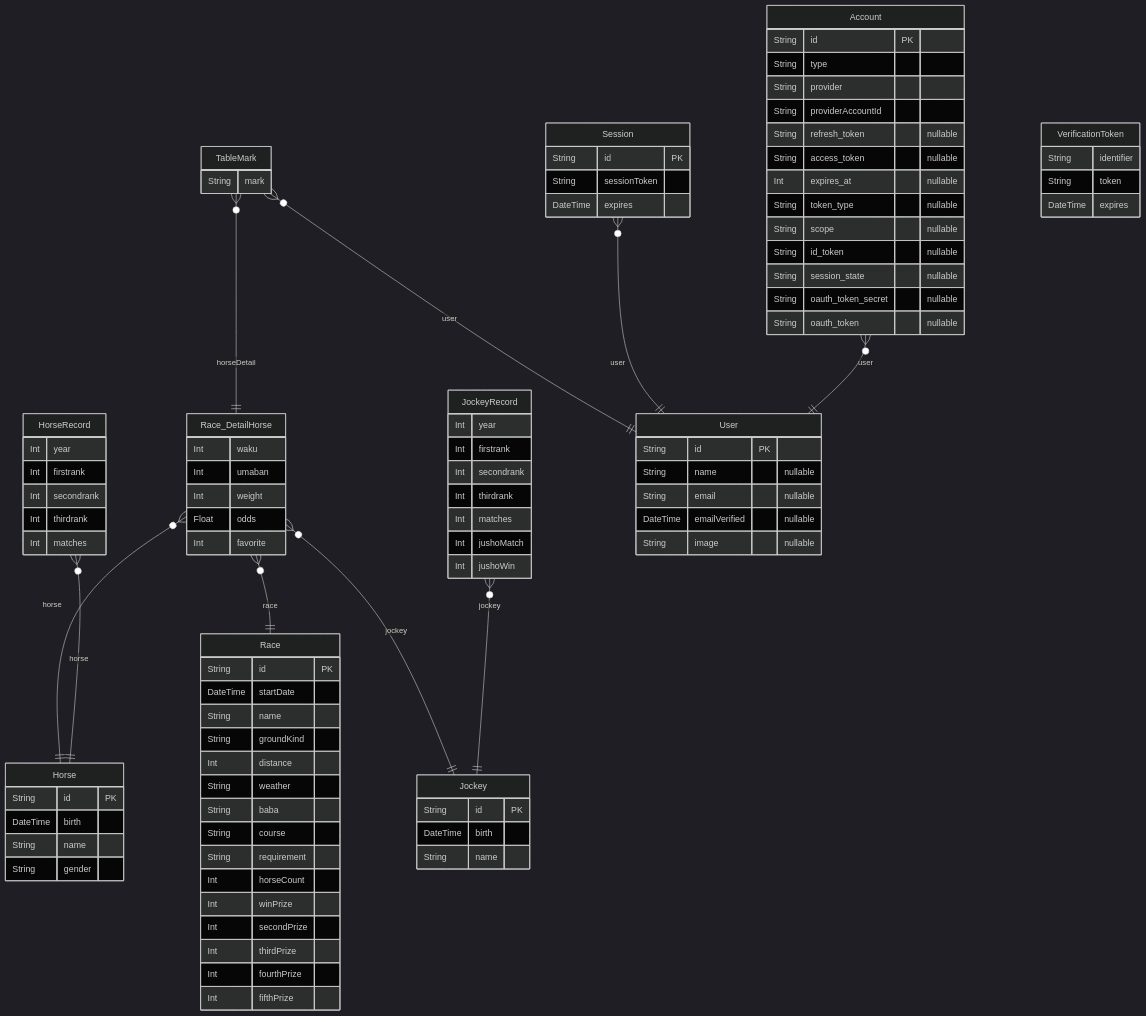
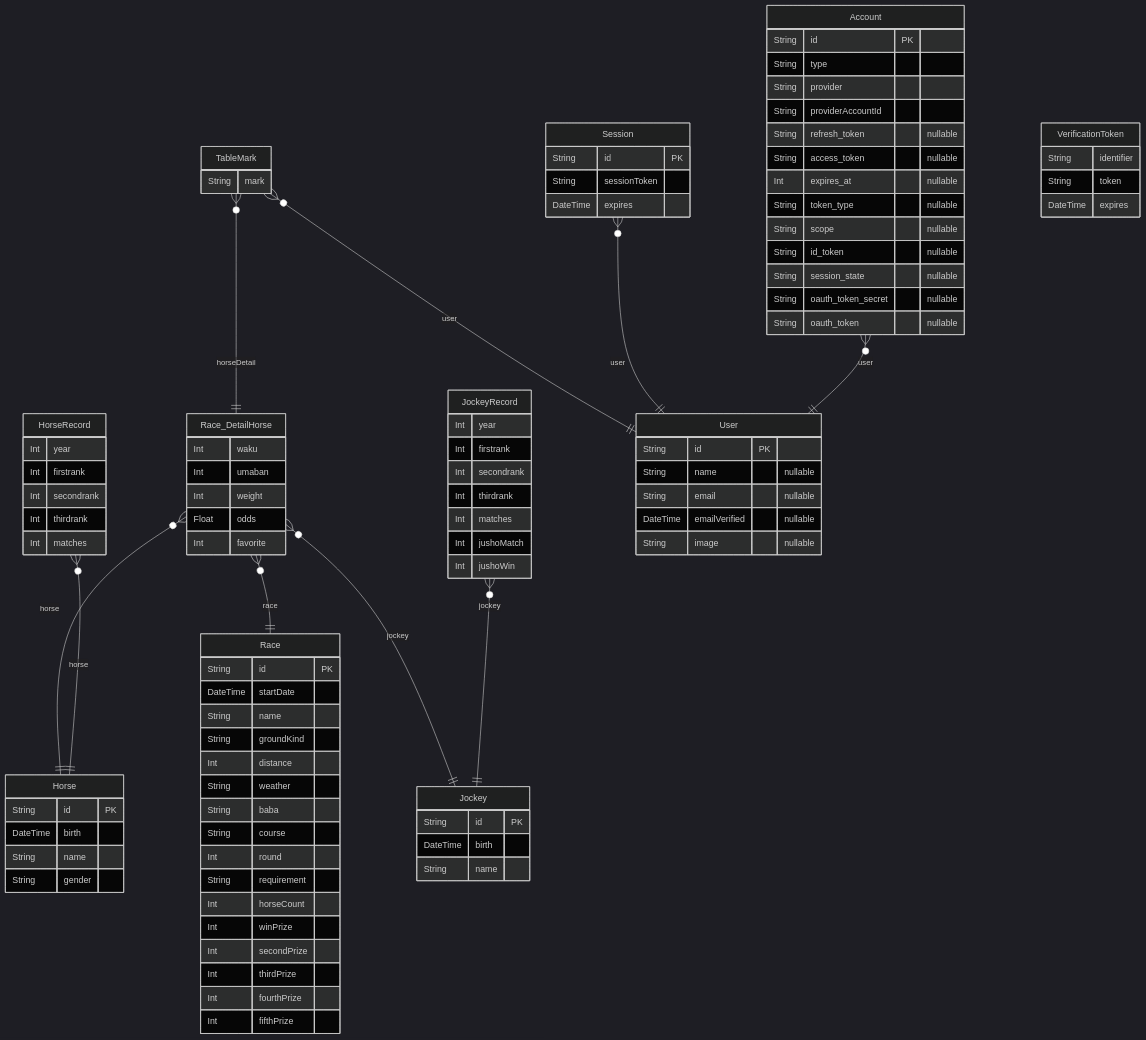
Before and after one commit to sev3e3e/portfolio-keiba: the diagram in prisma/scheme.md, drawn with Mermaid (dark theme). The commit also changed 6 other files, not shown here.

```diff
--- a/prisma/scheme.md
+++ b/prisma/scheme.md
@@ -45,6 +45,7 @@
     String weather  
     String baba  
     String course  
+    Int round  
     String requirement  
     Int horseCount  
     Int winPrize  
```
